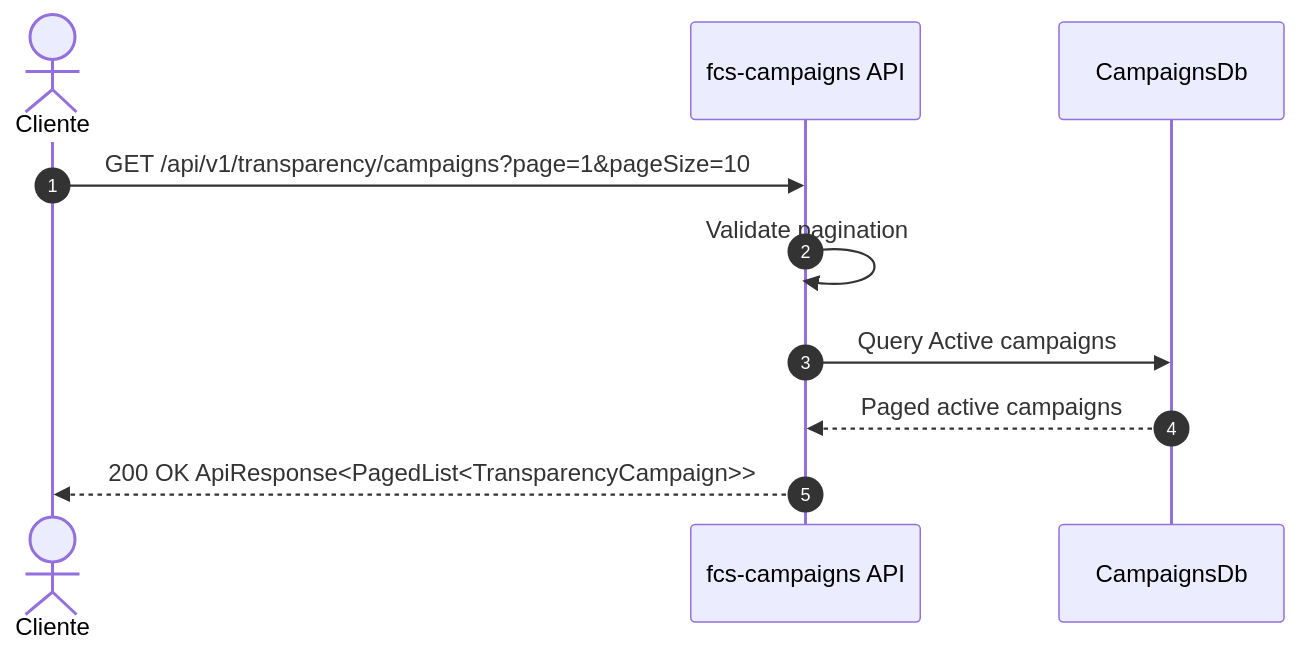
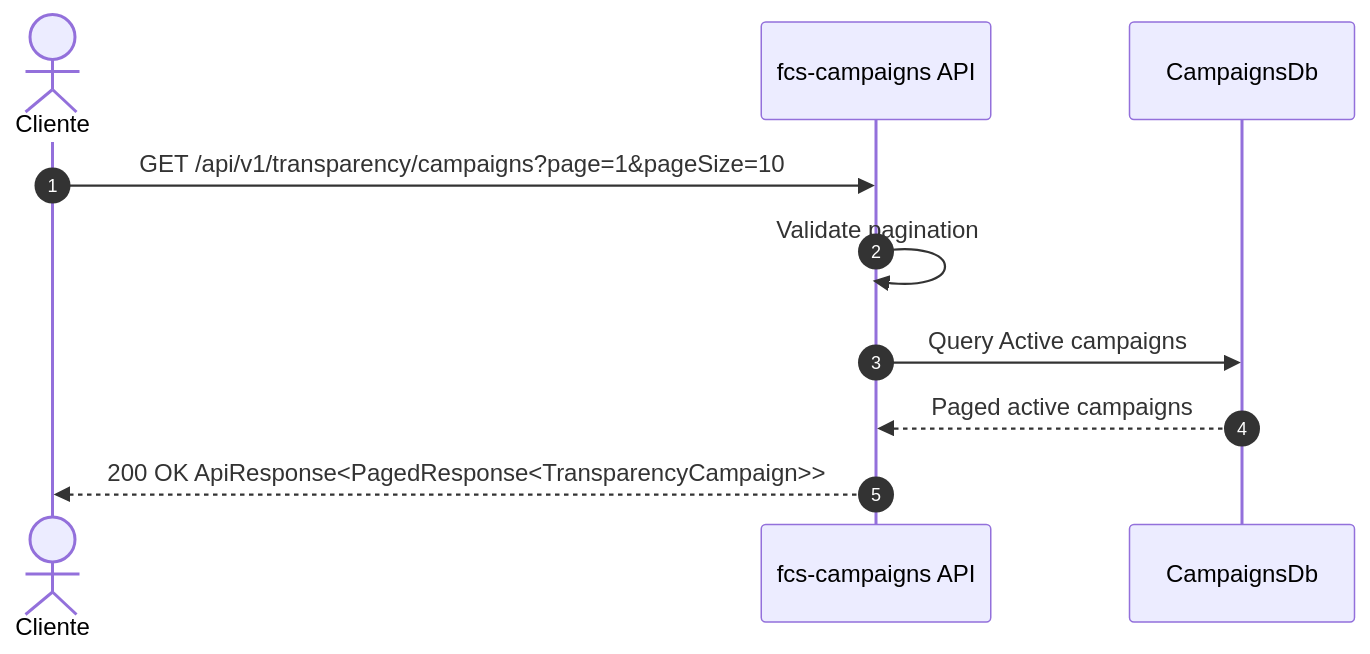
Before and after one commit to group10-tc-01/fcs-fase05-docs: diagram 17 of 30 in architecture/endpoint-flows.md, drawn with Mermaid. The commit also changed other lines of this file and 2 other files, not shown here.

````diff
--- a/architecture/endpoint-flows.md
+++ b/architecture/endpoint-flows.md
@@ -338,13 +338,13 @@
 ```mermaid
 sequenceDiagram
     autonumber
     actor Client as Cliente
     participant CampaignsApi as fcs-campaigns API
     participant CampaignsDb as CampaignsDb
 
     Client->>CampaignsApi: GET /api/v1/transparency/campaigns?page=1&pageSize=10
     CampaignsApi->>CampaignsApi: Validate pagination
     CampaignsApi->>CampaignsDb: Query Active campaigns
     CampaignsDb-->>CampaignsApi: Paged active campaigns
-    CampaignsApi-->>Client: 200 OK ApiResponse<PagedList<TransparencyCampaign>>
+    CampaignsApi-->>Client: 200 OK ApiResponse<PagedResponse<TransparencyCampaign>>
 ```
````
